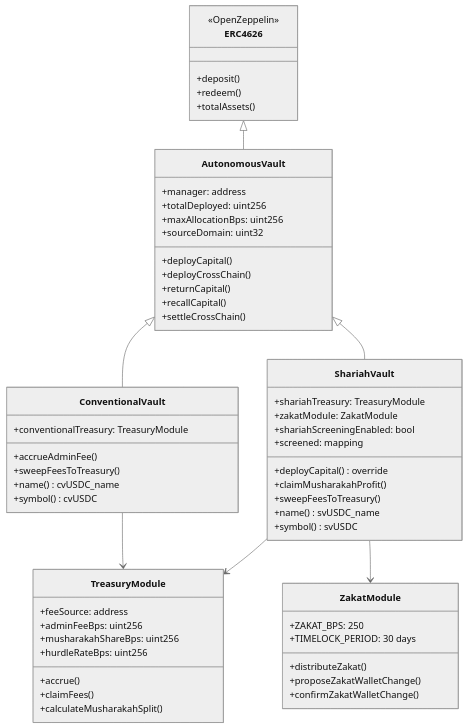
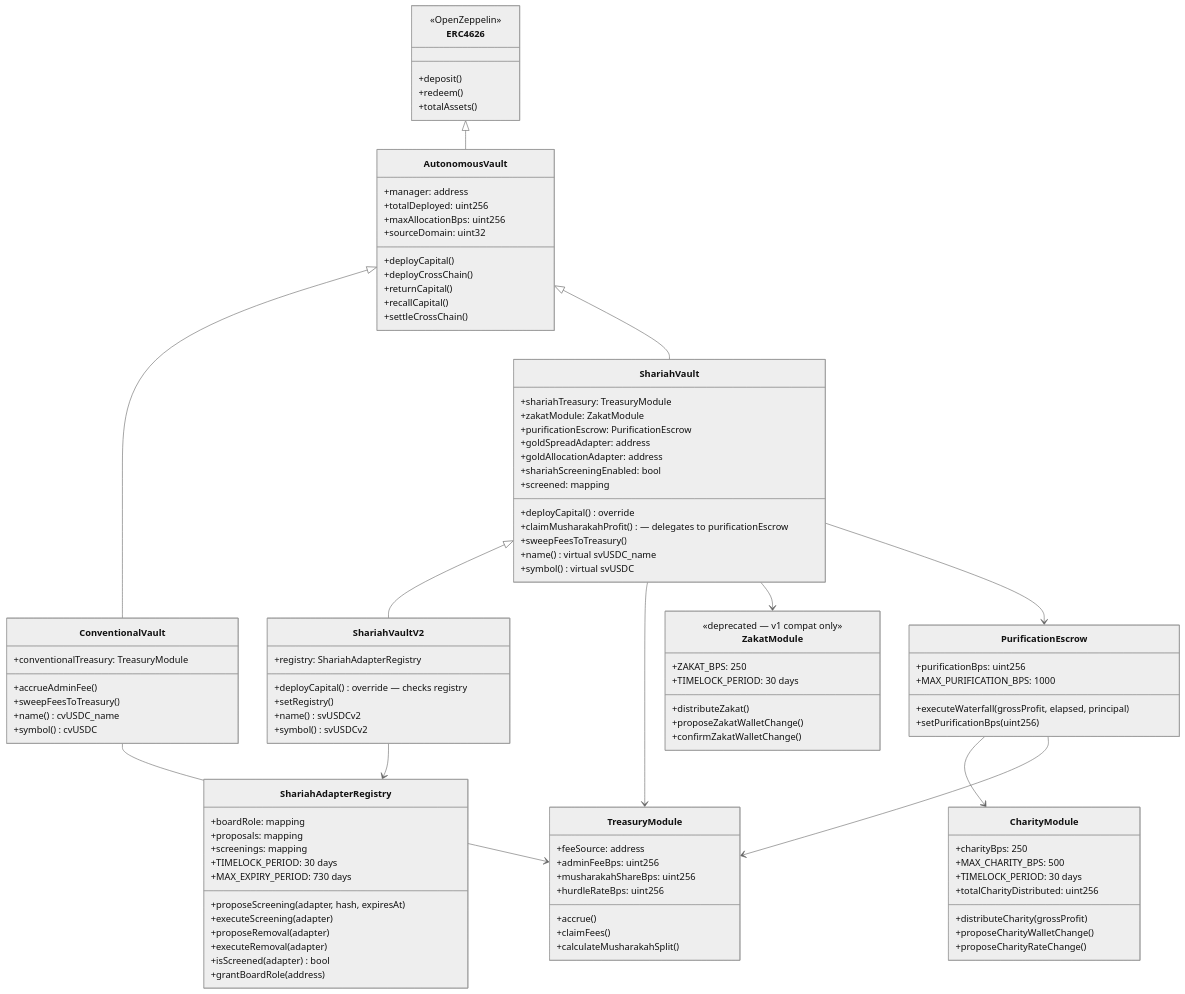
One commit to 0xhaz/DefiVault-Finance changed the second of 10 diagrams in README.md. Above: the diagram before and after it, drawn with Mermaid (neutral theme). The commit also changed other lines of this file and 172 other files, not shown here.

````diff
--- a/README.md
+++ b/README.md
@@ -154,13 +166,38 @@
     class ShariahVault {
         +shariahTreasury: TreasuryModule
         +zakatModule: ZakatModule
+        +purificationEscrow: PurificationEscrow
+        +goldSpreadAdapter: address
+        +goldAllocationAdapter: address
         +shariahScreeningEnabled: bool
         +screened: mapping
         +deployCapital() override
-        +claimMusharakahProfit()
+        +claimMusharakahProfit() — delegates to purificationEscrow
         +sweepFeesToTreasury()
-        +name() svUSDC_name
-        +symbol() svUSDC
+        +name() virtual svUSDC_name
+        +symbol() virtual svUSDC
+    }
+
+    class ShariahVaultV2 {
+        +registry: ShariahAdapterRegistry
+        +deployCapital() override — checks registry
+        +setRegistry()
+        +name() svUSDCv2
+        +symbol() svUSDCv2
+    }
+
+    class ShariahAdapterRegistry {
+        +boardRole: mapping
+        +proposals: mapping
+        +screenings: mapping
+        +TIMELOCK_PERIOD: 30 days
+        +MAX_EXPIRY_PERIOD: 730 days
+        +proposeScreening(adapter, hash, expiresAt)
+        +executeScreening(adapter)
+        +proposeRemoval(adapter)
+        +executeRemoval(adapter)
+        +isScreened(adapter) bool
+        +grantBoardRole(address)
     }
 
     class TreasuryModule {
@@ -179,12 +216,35 @@
         +distributeZakat()
         +proposeZakatWalletChange()
         +confirmZakatWalletChange()
+        <<deprecated — v1 compat only>>
+    }
+
+    class CharityModule {
+        +charityBps: 250
+        +MAX_CHARITY_BPS: 500
+        +TIMELOCK_PERIOD: 30 days
+        +distributeCharity(grossProfit)
+        +proposeCharityWalletChange()
+        +proposeCharityRateChange()
+        +totalCharityDistributed: uint256
+    }
+
+    class PurificationEscrow {
+        +purificationBps: uint256
+        +MAX_PURIFICATION_BPS: 1000
+        +executeWaterfall(grossProfit, elapsed, principal)
+        +setPurificationBps(uint256)
     }
 
     ERC4626 <|-- AutonomousVault
     AutonomousVault <|-- ConventionalVault
     AutonomousVault <|-- ShariahVault
+    ShariahVault <|-- ShariahVaultV2
     ShariahVault --> TreasuryModule
     ShariahVault --> ZakatModule
+    ShariahVault --> PurificationEscrow
+    ShariahVaultV2 --> ShariahAdapterRegistry
+    PurificationEscrow --> CharityModule
+    PurificationEscrow --> TreasuryModule
     ConventionalVault --> TreasuryModule
 ```
````
